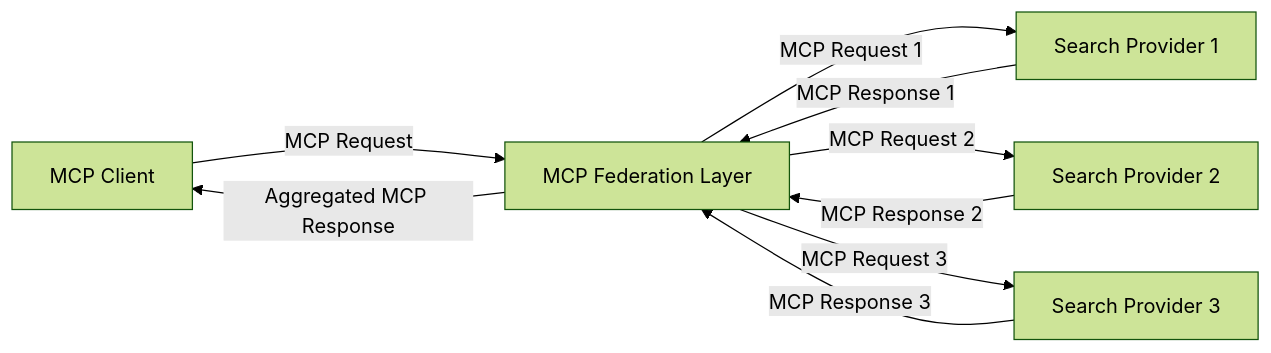
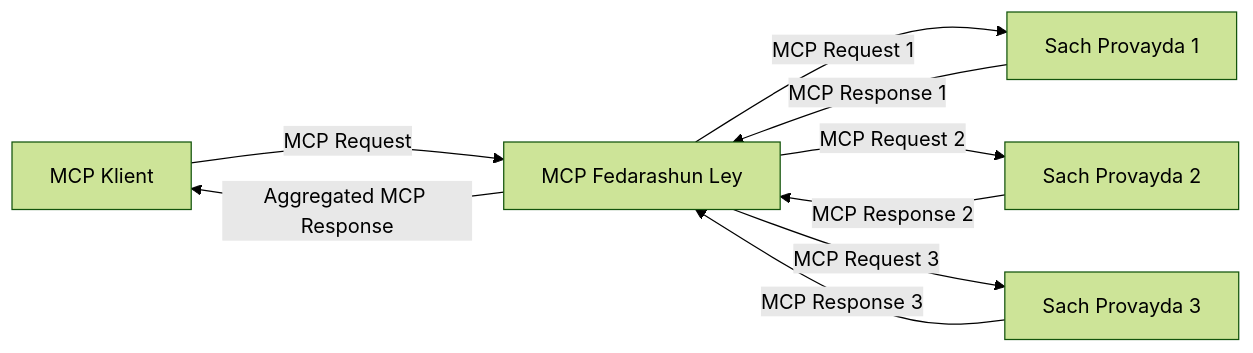
One commit to HIDORAKAI002/ai-workspace-archive changed the third of 4 diagrams in mcp_ecosystem__model_context_protocol/mcp_learning_resources/mcp-for-beginners/translations/pcm/05-AdvancedTopics/mcp-realtimesearch/README.md. Above: the diagram before and after it, drawn with Mermaid (forest theme). The commit also changed other lines of this file and 1539 other files, not shown here.

````diff
--- a/mcp_ecosystem__model_context_protocol/mcp_learning_resources/mcp-for-beginners/translations/pcm/05-AdvancedTopics/mcp-realtimesearch/README.md
+++ b/mcp_ecosystem__model_context_protocol/mcp_learning_resources/mcp-for-beginners/translations/pcm/05-AdvancedTopics/mcp-realtimesearch/README.md
@@ -602,11 +610,11 @@
 ```mermaid
 graph LR
-    Client[MCP Client] --> |MCP Request| Federation[MCP Federation Layer]
-    Federation --> |MCP Request 1| Search1[Search Provider 1]
-    Federation --> |MCP Request 2| Search2[Search Provider 2]
-    Federation --> |MCP Request 3| Search3[Search Provider 3]
+    Client[MCP Klient] --> |MCP Request| Federation[MCP Fedarashun Ley]
+    Federation --> |MCP Request 1| Search1[Sach Provayda 1]
+    Federation --> |MCP Request 2| Search2[Sach Provayda 2]
+    Federation --> |MCP Request 3| Search3[Sach Provayda 3]
     Search1 --> |MCP Response 1| Federation
     Search2 --> |MCP Response 2| Federation
     Search3 --> |MCP Response 3| Federation
     Federation --> |Aggregated MCP Response| Client
 ```
````
